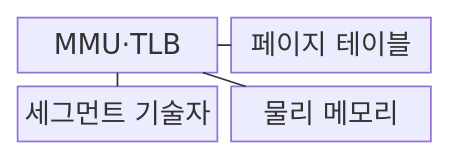
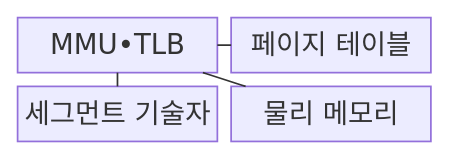
Before and after one commit to agnusdei1207/knowledge-base: the first of 2 diagrams in src/content/docs/notes/02-hardware/017_virtual_memory_paging_segmentation.md, drawn with Mermaid. The commit also changed other lines of this file and 953 other files, not shown here.

````diff
--- a/src/content/docs/notes/02-hardware/017_virtual_memory_paging_segmentation.md
+++ b/src/content/docs/notes/02-hardware/017_virtual_memory_paging_segmentation.md
@@ -70,7 +70,7 @@
 ```mermaid
 block
     columns 2
-    M["MMU·TLB"] --- P["페이지 테이블"]
+    M["MMU•TLB"] --- P["페이지 테이블"]
     M --- S["세그먼트 기술자"]
     M --- R["물리 메모리"]
 ```
````
